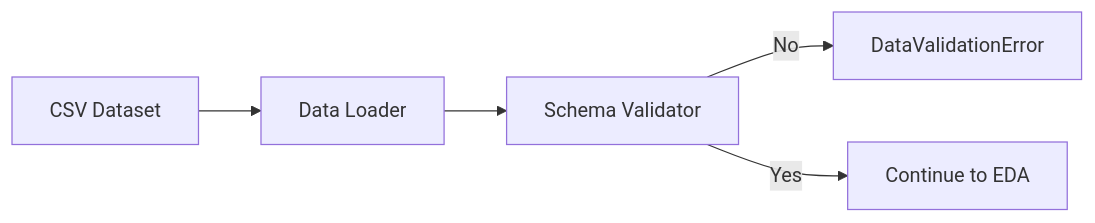
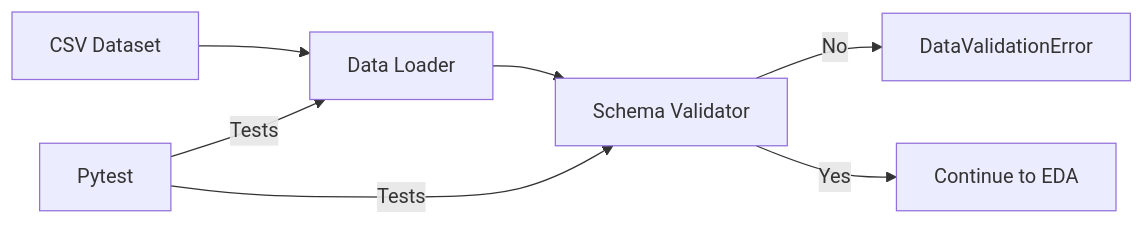
Before and after one commit to UUbaidd/ml-foundations-from-sratch: the diagram in README.md, drawn with Mermaid.

Commit message:
Add Pytest to testing flow in README

````diff
--- a/README.md
+++ b/README.md
@@ -56,7 +56,9 @@
 ```mermaid
 flowchart LR
 A["CSV Dataset"] --> B["Data Loader"]
 B --> C["Schema Validator"]
 C -->|No| D["DataValidationError"]
 C -->|Yes| E["Continue to EDA"]
+F["Pytest"] --> |Tests| B
+F["Pytest"] --> |Tests| C
 ```
````
